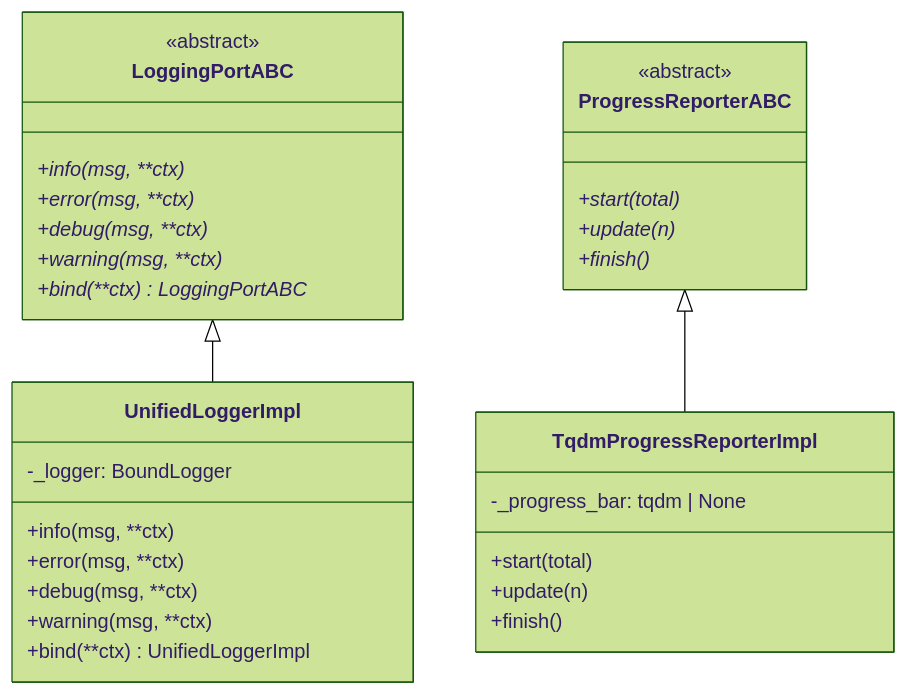
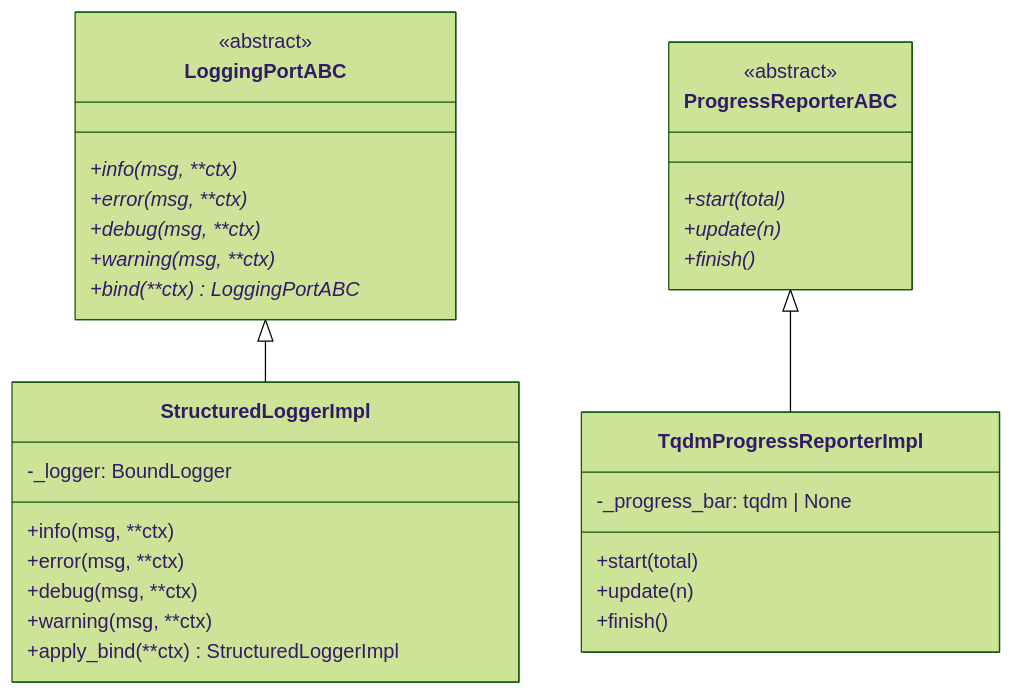
Before and after one commit to SatoryKono/BioactivityDataAcquisition: the sixth of 9 diagrams in docs/architecture/15-class-diagrams-infrastructure.md, drawn with Mermaid (forest theme). The commit also changed 5 other files, not shown here.

First line of the commit message:
refactor(infrastructure): remove duplicate UnifiedLoggerImpl class

````diff
--- a/docs/architecture/15-class-diagrams-infrastructure.md
+++ b/docs/architecture/15-class-diagrams-infrastructure.md
@@ -242,37 +242,37 @@
 ```mermaid
 classDiagram
     class LoggingPortABC {
         <<abstract>>
         +info(msg, **ctx)*
         +error(msg, **ctx)*
         +debug(msg, **ctx)*
         +warning(msg, **ctx)*
         +bind(**ctx)* LoggingPortABC
     }
 
-    class UnifiedLoggerImpl {
+    class StructuredLoggerImpl {
         -_logger: BoundLogger
         +info(msg, **ctx)
         +error(msg, **ctx)
         +debug(msg, **ctx)
         +warning(msg, **ctx)
-        +bind(**ctx) UnifiedLoggerImpl
+        +apply_bind(**ctx) StructuredLoggerImpl
     }
 
     class ProgressReporterABC {
         <<abstract>>
         +start(total)*
         +update(n)*
         +finish()*
     }
 
     class TqdmProgressReporterImpl {
         -_progress_bar: tqdm | None
         +start(total)
         +update(n)
         +finish()
     }
 
-    LoggingPortABC <|-- UnifiedLoggerImpl
+    LoggingPortABC <|-- StructuredLoggerImpl
     ProgressReporterABC <|-- TqdmProgressReporterImpl
 ```
````
